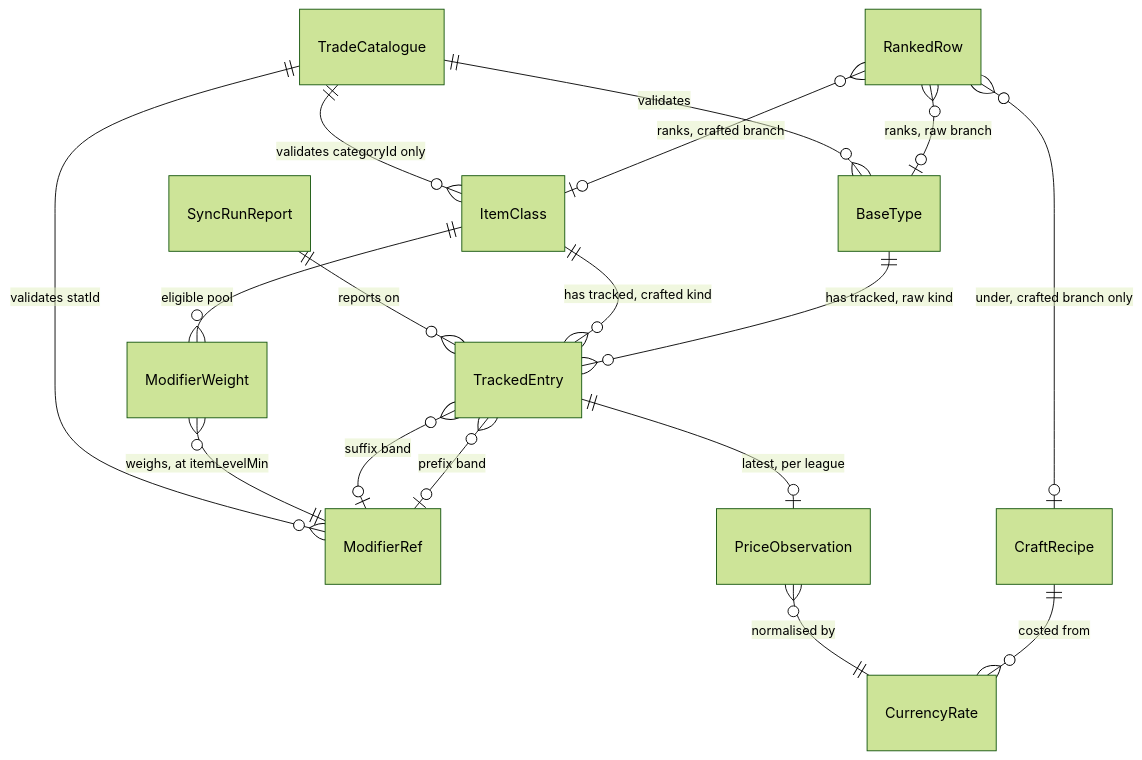
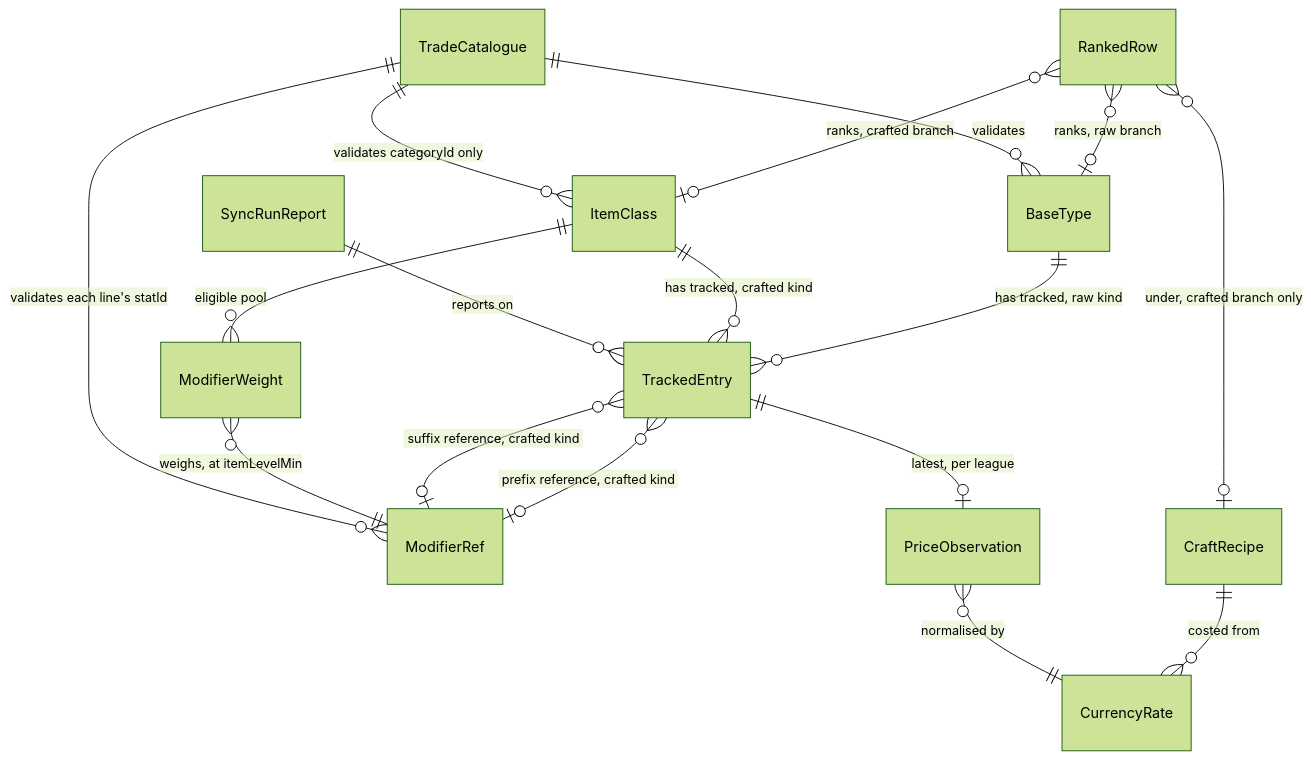
The third of 3 diagrams in docs/architecture/architecture-poe-crafting-base-price-checker-2026-09-12/ARCHITECTURE-SPINE.md (Dragsaw/poe-crafting-base-price-checker), drawn with Mermaid (forest theme) before and after one commit. The commit also changed other lines of this file and 4 other files, not shown here.

````diff
--- a/docs/architecture/architecture-poe-crafting-base-price-checker-2026-09-12/ARCHITECTURE-SPINE.md
+++ b/docs/architecture/architecture-poe-crafting-base-price-checker-2026-09-12/ARCHITECTURE-SPINE.md
@@ -2054,19 +2054,19 @@
 ```mermaid
 erDiagram
   BaseType ||--o{ TrackedEntry : "has tracked, raw kind"
   ItemClass ||--o{ TrackedEntry : "has tracked, crafted kind"
-  TrackedEntry }o--o| ModifierRef : "prefix band"
-  TrackedEntry }o--o| ModifierRef : "suffix band"
+  TrackedEntry }o--o| ModifierRef : "prefix reference, crafted kind"
+  TrackedEntry }o--o| ModifierRef : "suffix reference, crafted kind"
   TrackedEntry ||--o| PriceObservation : "latest, per league"
   ItemClass ||--o{ ModifierWeight : "eligible pool"
   ModifierWeight }o--|| ModifierRef : "weighs, at itemLevelMin"
   CraftRecipe ||--o{ CurrencyRate : "costed from"
   PriceObservation }o--|| CurrencyRate : "normalised by"
   RankedRow }o--o| ItemClass : "ranks, crafted branch"
   RankedRow }o--o| BaseType : "ranks, raw branch"
   RankedRow }o--o| CraftRecipe : "under, crafted branch only"
   SyncRunReport ||--o{ TrackedEntry : "reports on"
   TradeCatalogue ||--o{ BaseType : "validates"
   TradeCatalogue ||--o{ ItemClass : "validates categoryId only"
-  TradeCatalogue ||--o{ ModifierRef : "validates statId"
+  TradeCatalogue ||--o{ ModifierRef : "validates each line's statId"
 ```
````
